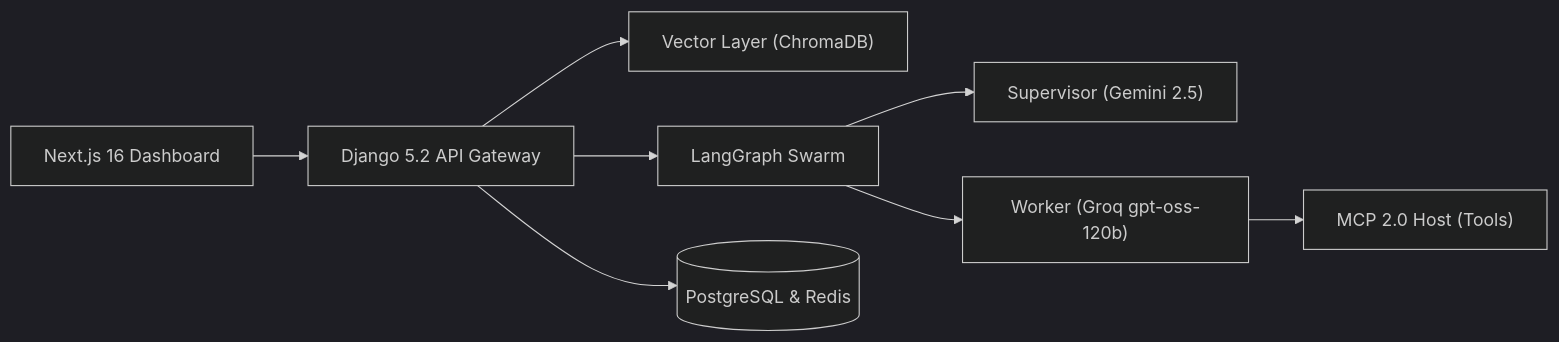
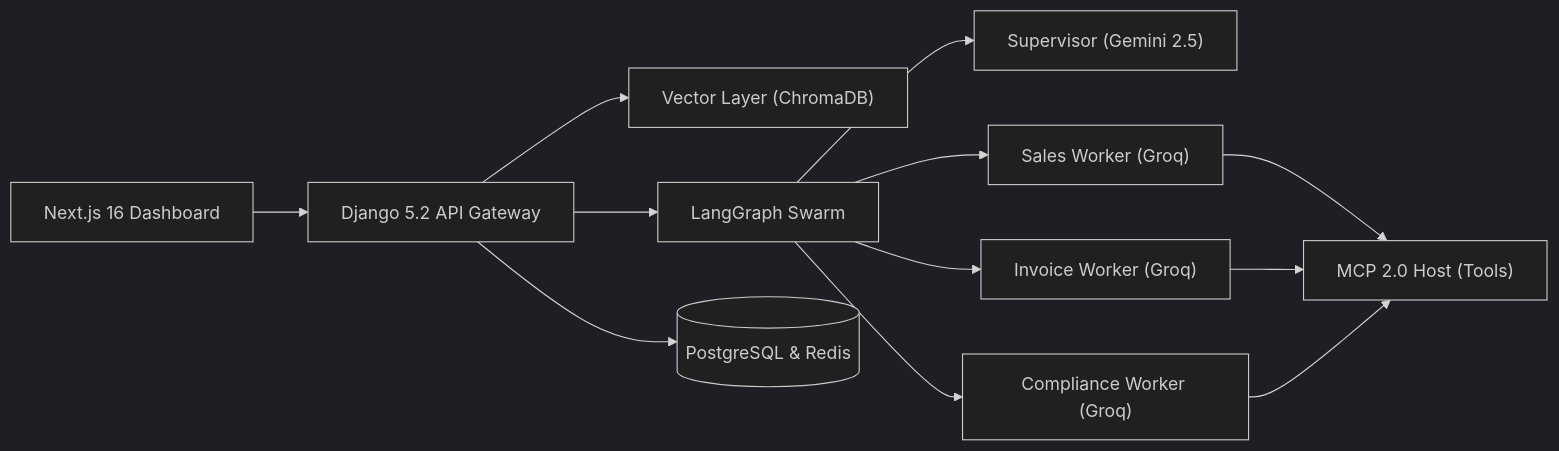
One commit to FaizanCyber007/OpsNexus changed the diagram in updated_presentation_slides.md. Above: the diagram before and after it, drawn with Mermaid (dark theme). The commit also changed other lines of this file and 2 other files, not shown here.

Commit message:
feat: expand hierarchical agent swarm with dedicated Sales, Invoice, and Compliance workers and update documentation to reflect new MCP-integrated toolsets.

````diff
--- a/updated_presentation_slides.md
+++ b/updated_presentation_slides.md
@@ -60,10 +60,14 @@
     ```mermaid
     flowchart LR
         UI["Next.js 16 Dashboard"] --> API["Django 5.2 API Gateway"]
         API --> Memory["Vector Layer (ChromaDB)"]
         API --> Agents["LangGraph Swarm"]
         Agents --> Sub1["Supervisor (Gemini 2.5)"]
-        Agents --> Sub2["Worker (Groq gpt-oss-120b)"]
+        Agents --> Sub2["Sales Worker (Groq)"]
+        Agents --> Sub3["Invoice Worker (Groq)"]
+        Agents --> Sub4["Compliance Worker (Groq)"]
         Sub2 --> MCP["MCP 2.0 Host (Tools)"]
+        Sub3 --> MCP
+        Sub4 --> MCP
         API --> DB[("PostgreSQL & Redis")]
     ```
````
